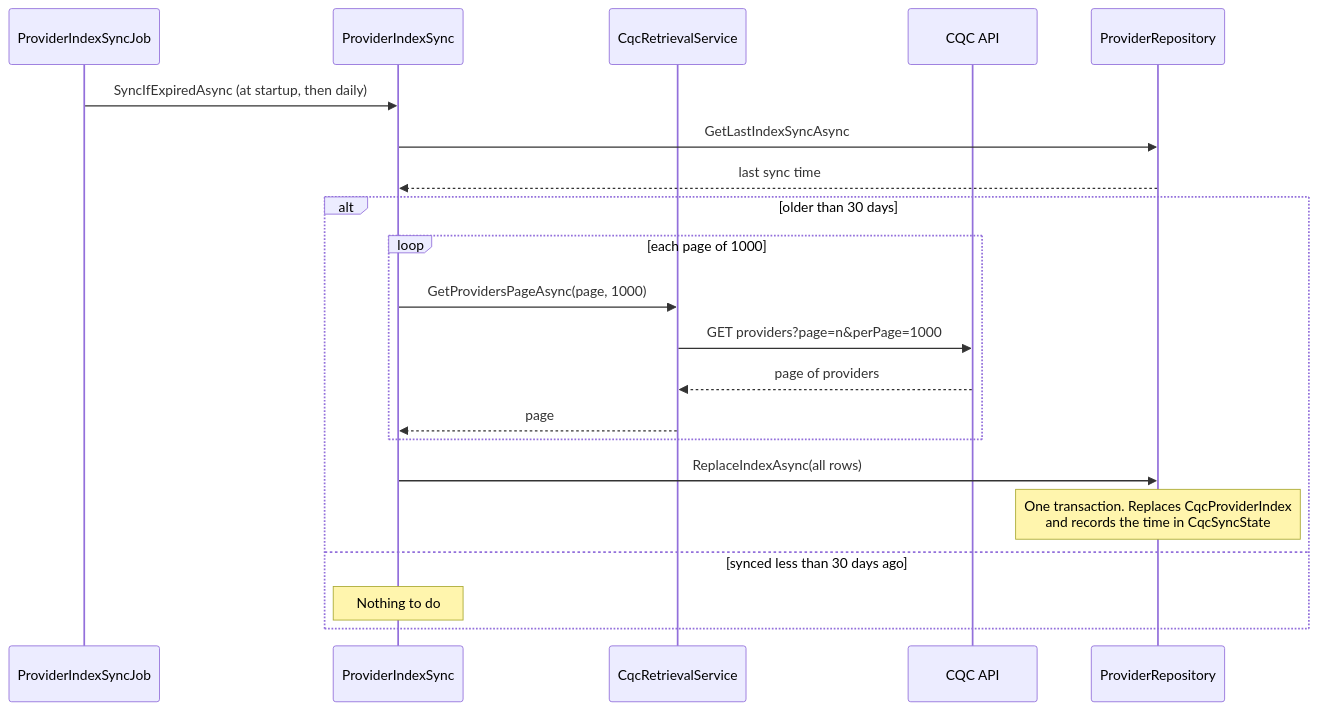
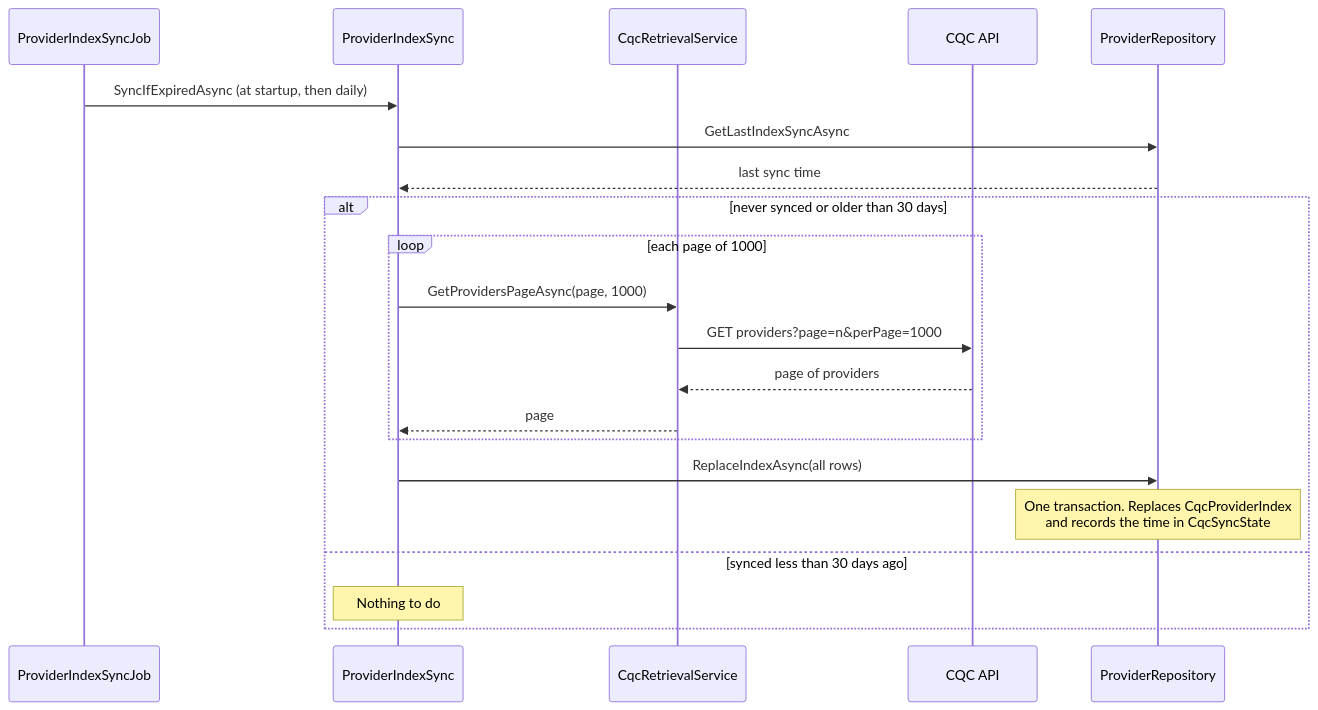
One commit to ikoonman/schemeserve changed the third of 4 diagrams in SchemeserveDotnetTest/README.md. Above: the diagram before and after it, drawn with Mermaid. The commit also changed other lines of this file, not shown here.

````diff
--- a/SchemeserveDotnetTest/README.md
+++ b/SchemeserveDotnetTest/README.md
@@ -265,23 +265,23 @@
 ```mermaid
 sequenceDiagram
     participant Job as ProviderIndexSyncJob
     participant Sync as ProviderIndexSync
     participant Http as CqcRetrievalService
     participant CQC as CQC API
     participant Repo as ProviderRepository
     Job->>Sync: SyncIfExpiredAsync (at startup, then daily)
     Sync->>Repo: GetLastIndexSyncAsync
     Repo-->>Sync: last sync time
-    alt older than 30 days
+    alt never synced or older than 30 days
         loop each page of 1000
             Sync->>Http: GetProvidersPageAsync(page, 1000)
             Http->>CQC: GET providers?page=n&perPage=1000
             CQC-->>Http: page of providers
             Http-->>Sync: page
         end
         Sync->>Repo: ReplaceIndexAsync(all rows)
         Note over Repo: One transaction. Replaces CqcProviderIndex<br/>and records the time in CqcSyncState
     else synced less than 30 days ago
         Note over Sync: Nothing to do
     end
 ```
````
